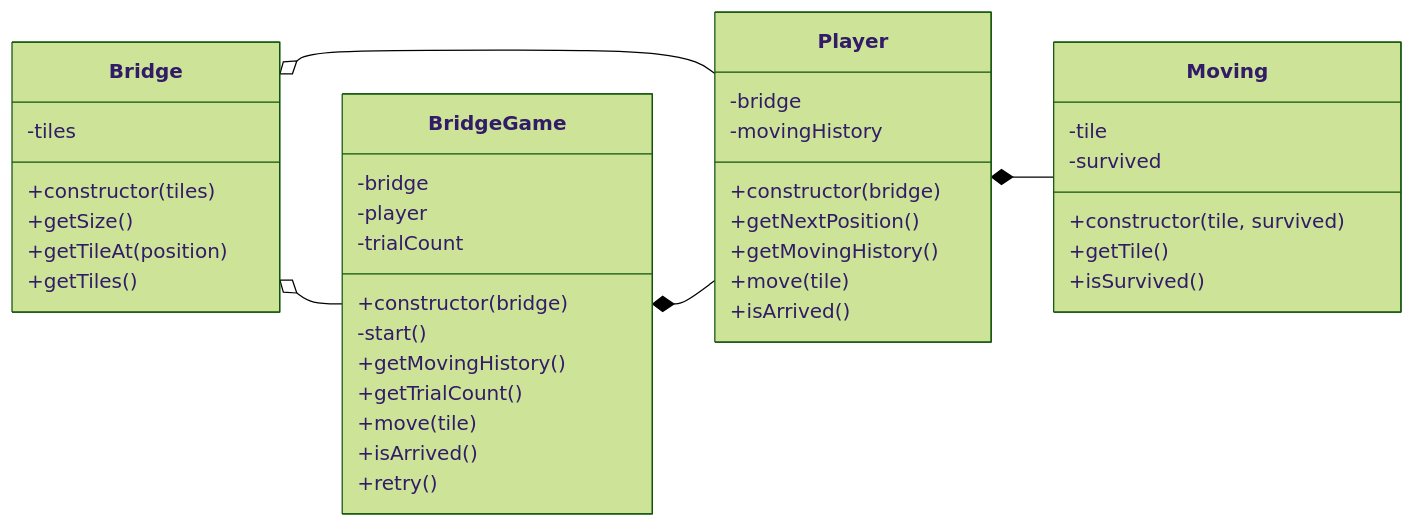
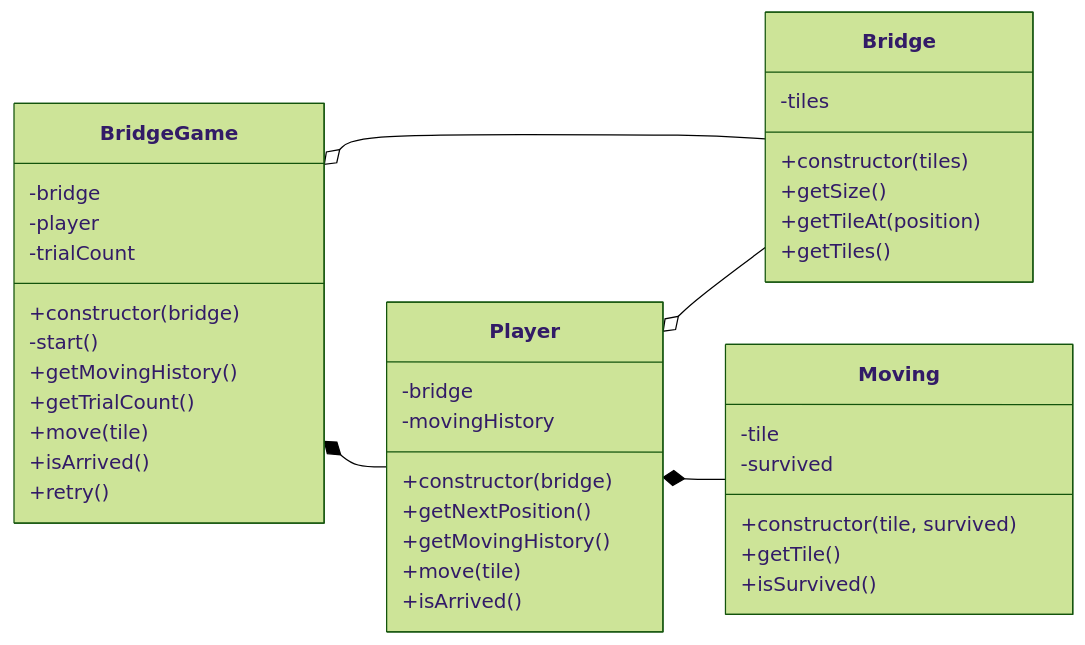
Before and after one commit to woowacourse-precourse/javascript-bridge: the diagram in docs/README.md, drawn with Mermaid (forest theme).

Commit message:
docs: 클래스 다이어그램 수정

````diff
--- a/docs/README.md
+++ b/docs/README.md
@@ -317,43 +317,43 @@
 ```mermaid
 classDiagram
     direction LR
-    Bridge o-- BridgeGame
-    Bridge o-- Player
+    BridgeGame o-- Bridge
+    Player o-- Bridge
     BridgeGame *-- Player
     Player *-- Moving
     class Bridge {
         -tiles
         +constructor(tiles)
         +getSize()
         +getTileAt(position)
         +getTiles()
     }
     class Player {
         -bridge
         -movingHistory
         +constructor(bridge)
         +getNextPosition()
         +getMovingHistory()
         +move(tile)
         +isArrived()
     }
     class BridgeGame {
         -bridge
         -player
         -trialCount
         +constructor(bridge)
         -start()
         +getMovingHistory()
         +getTrialCount()
         +move(tile)
         +isArrived()
         +retry()
     }
     class Moving {
         -tile
         -survived
         +constructor(tile, survived)
         +getTile()
         +isSurvived()
     }
 ```
````
